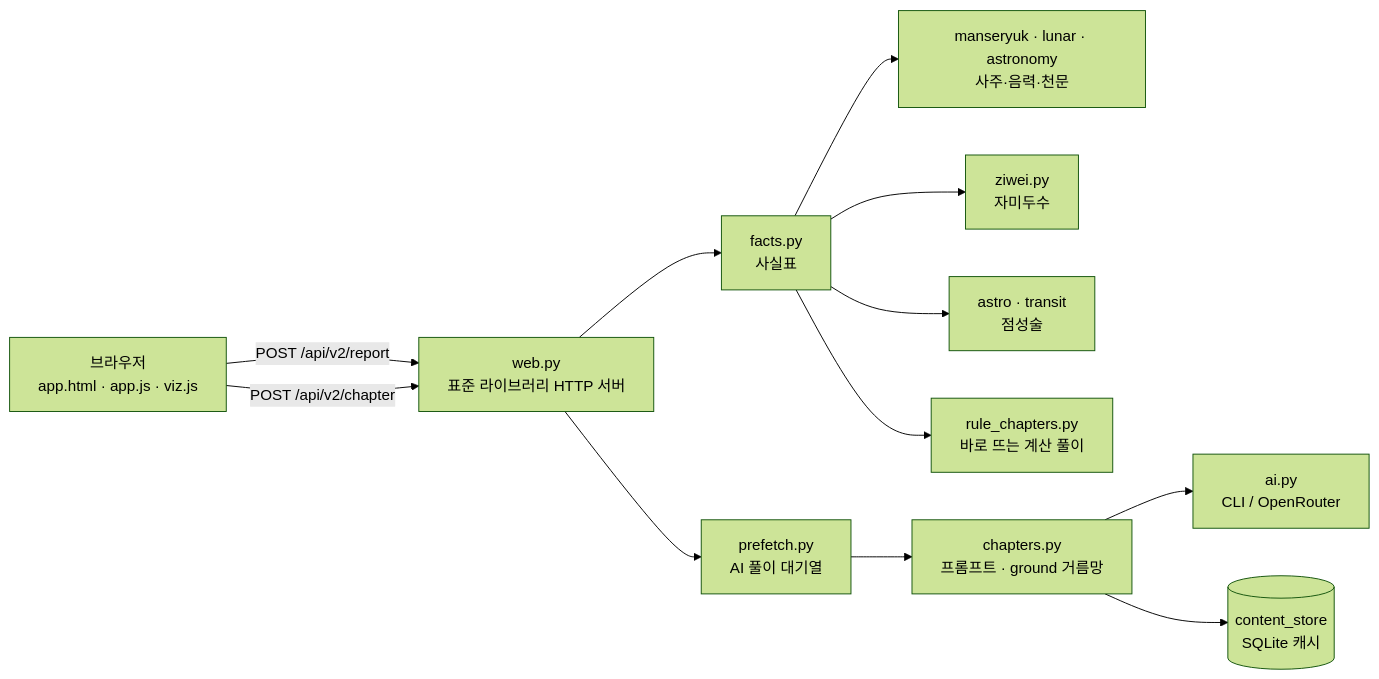
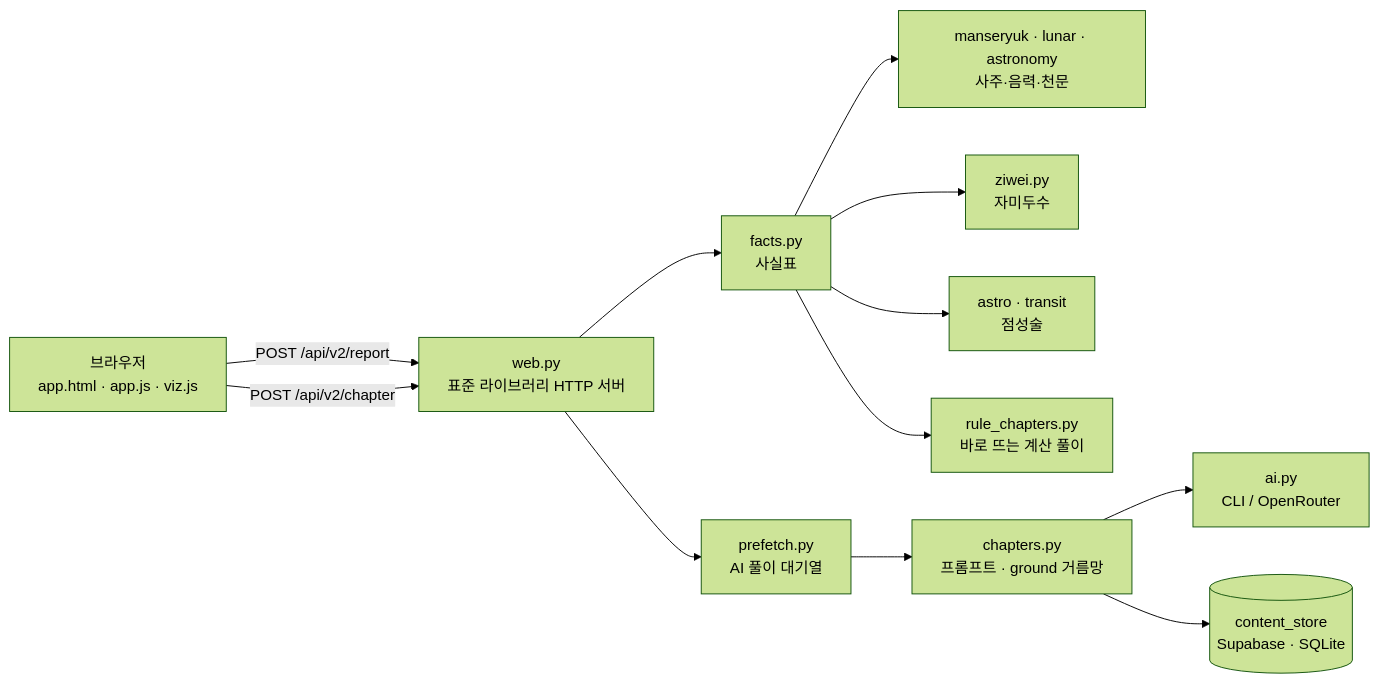
Before and after one commit to seungwook-kim/saju-agent: the diagram in README.md, drawn with Mermaid (forest theme). The commit also changed other lines of this file and 7 other files, not shown here.

First line of the commit message:
설계 문서(PRD·SDD·ERD) 추가, 배포 안내를 Vercel 로 정리

````diff
--- a/README.md
+++ b/README.md
@@ -63,14 +63,14 @@
 ```mermaid
 flowchart LR
   B[브라우저<br/>app.html · app.js · viz.js] -->|POST /api/v2/report| W[web.py<br/>표준 라이브러리 HTTP 서버]
   W --> F[facts.py<br/>사실표]
   F --> M[manseryuk · lunar · astronomy<br/>사주·음력·천문]
   F --> Z[ziwei.py<br/>자미두수]
   F --> A[astro · transit<br/>점성술]
   F --> R[rule_chapters.py<br/>바로 뜨는 계산 풀이]
   W --> P[prefetch.py<br/>AI 풀이 대기열]
   P --> C[chapters.py<br/>프롬프트 · ground 거름망]
   C --> AI[ai.py<br/>CLI / OpenRouter]
-  C --> S[(content_store<br/>SQLite 캐시)]
+  C --> S[(content_store<br/>Supabase · SQLite)]
   B -->|POST /api/v2/chapter| W
 ```
````
